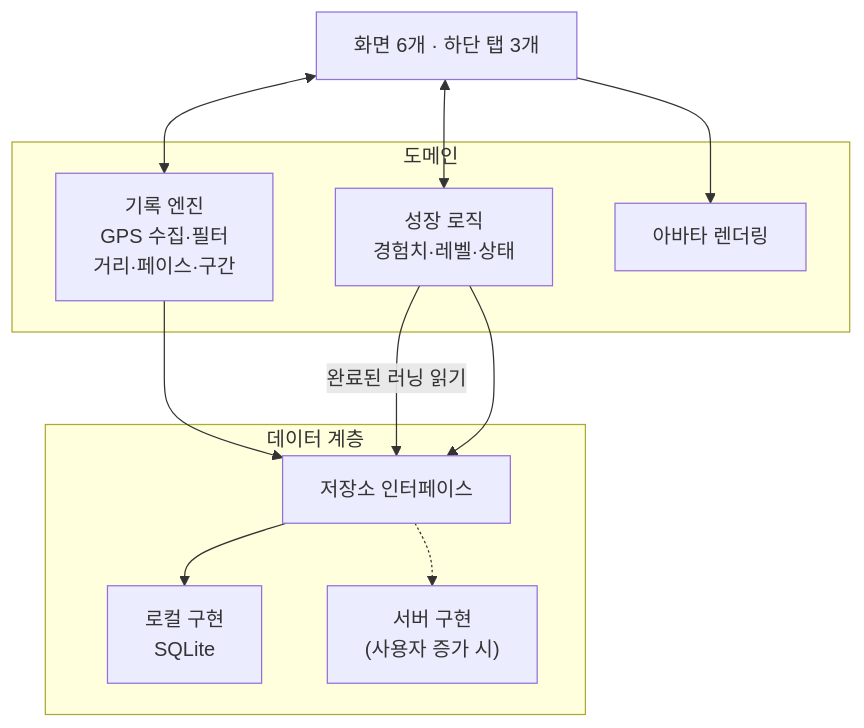
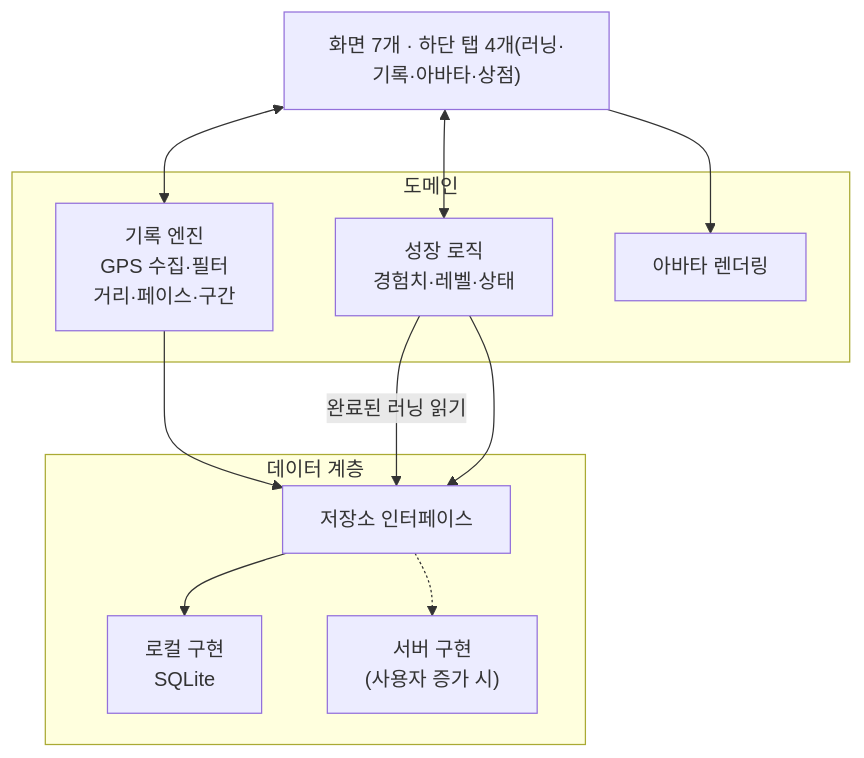
One commit to dhkim1522/runmagochi changed the diagram in docs/architecture.md. Above: the diagram before and after it, drawn with Mermaid. The commit also changed other lines of this file and 5 other files, not shown here.

````diff
--- a/docs/architecture.md
+++ b/docs/architecture.md
@@ -22,22 +22,22 @@
 ```mermaid
 flowchart TB
-    UI["화면 6개 · 하단 탭 3개"]
+    UI["화면 7개 · 하단 탭 4개(러닝·기록·아바타·상점)"]
     subgraph Domain["도메인"]
         Engine["기록 엔진<br/>GPS 수집·필터<br/>거리·페이스·구간"]
         Growth["성장 로직<br/>경험치·레벨·상태"]
         Avatar["아바타 렌더링"]
     end
     subgraph Data["데이터 계층"]
         Repo["저장소 인터페이스"]
         Local["로컬 구현<br/>SQLite"]
         Remote["서버 구현<br/>(사용자 증가 시)"]
     end
     UI <--> Engine
     UI <--> Growth
     UI --> Avatar
     Growth -- "완료된 러닝 읽기" --> Repo
     Engine --> Repo
     Growth --> Repo
     Repo --> Local
     Repo -.-> Remote
 ```
````
